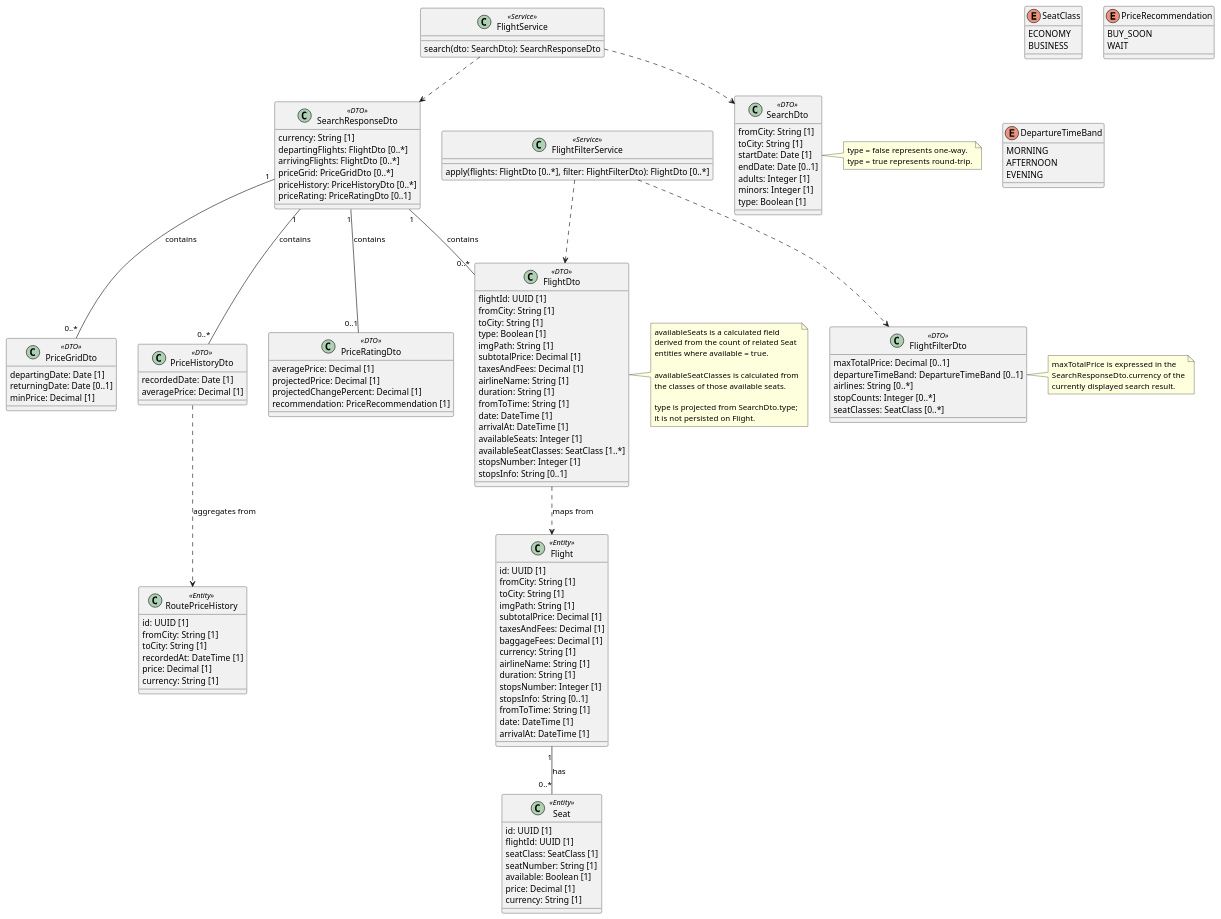
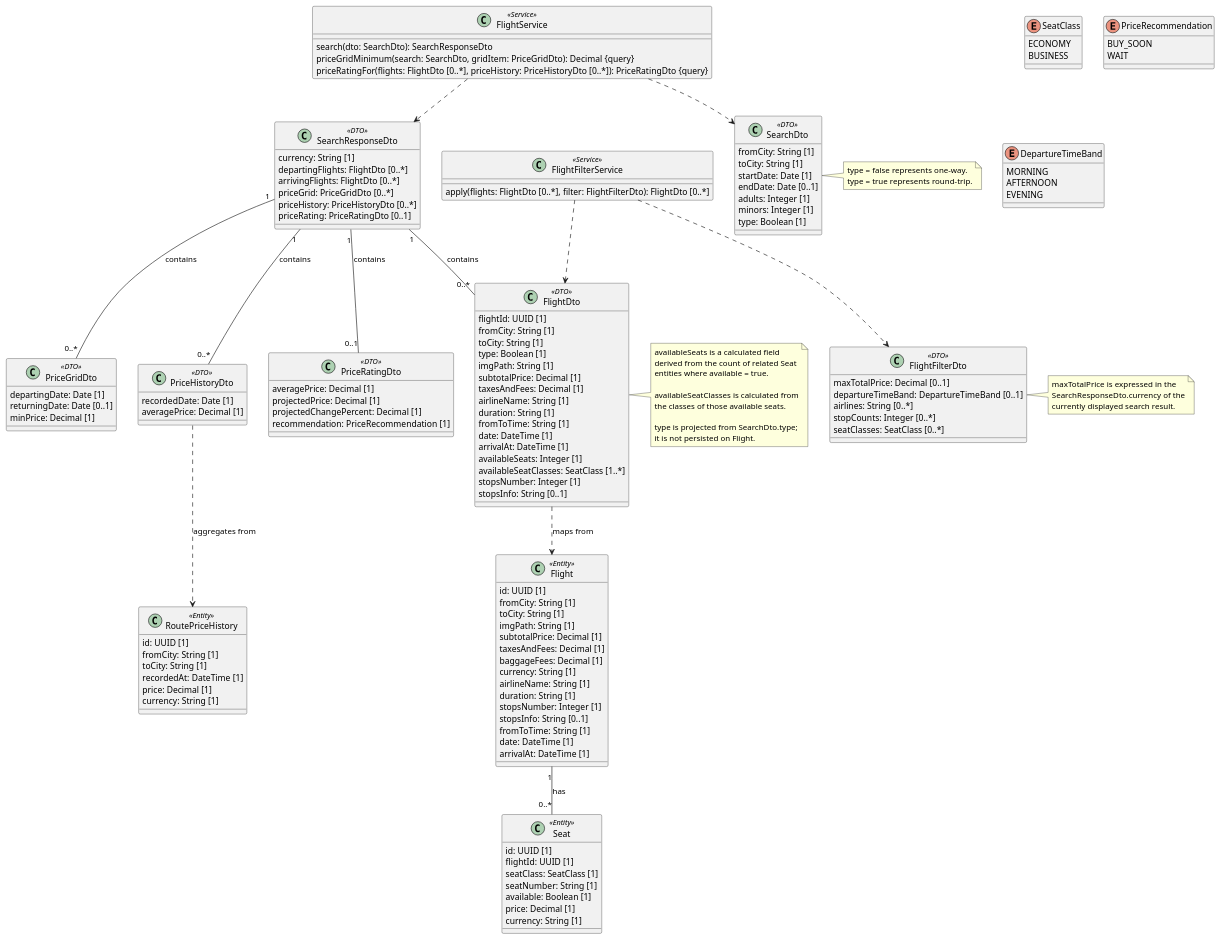
One commit to khanhNguyenHong2311/VT-TripmaSpecification changed the diagram in 01-inception/use-cases/uc-01-search-flights.md. Above: the diagram before and after it, drawn with PlantUML. The commit also changed other lines of this file and 6 other files, not shown here.

```diff
--- a/01-inception/use-cases/uc-01-search-flights.md
+++ b/01-inception/use-cases/uc-01-search-flights.md
@@ -232,6 +232,8 @@
 
 class FlightService <<Service>> {
   search(dto: SearchDto): SearchResponseDto
+  priceGridMinimum(search: SearchDto, gridItem: PriceGridDto): Decimal {query}
+  priceRatingFor(flights: FlightDto [0..*], priceHistory: PriceHistoryDto [0..*]): PriceRatingDto {query}
 }
 
 class FlightFilterService <<Service>> {
```
